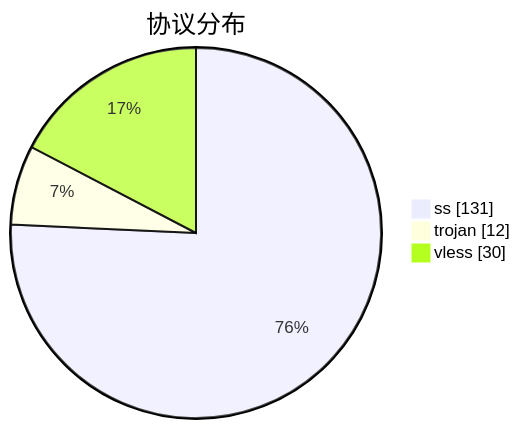
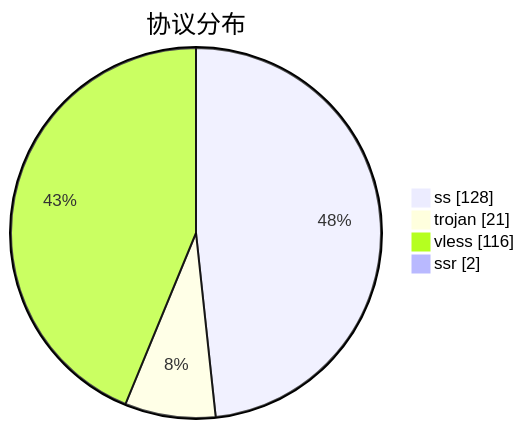
The third of 3 diagrams in subs/statistics/tested_within.md (qjlxg/airport), drawn with Mermaid before and after one commit. The commit also changed other lines of this file and 2 other files, not shown here.

````diff
--- a/subs/statistics/tested_within.md
+++ b/subs/statistics/tested_within.md
@@ -16,7 +17,8 @@
 ```mermaid
 pie showData
 title 协议分布
-"ss" : 131
-"trojan" : 12
-"vless" : 30
+"ss" : 128
+"trojan" : 21
+"vless" : 116
+"ssr" : 2
 ```
````
